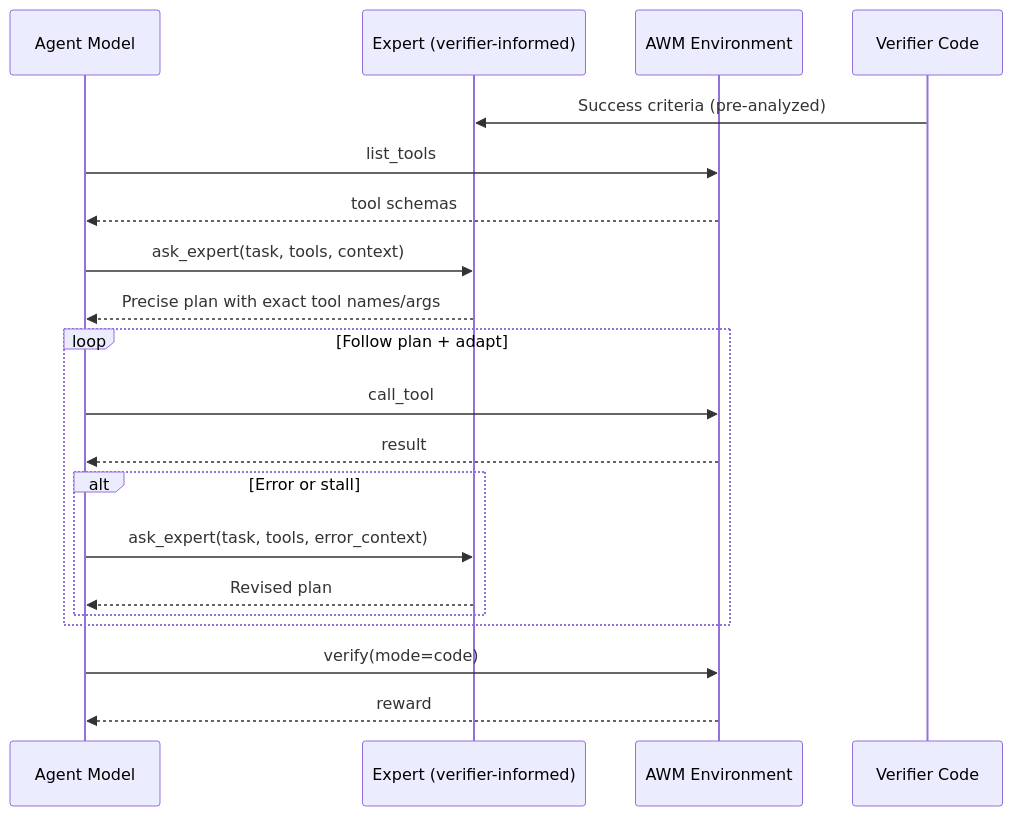
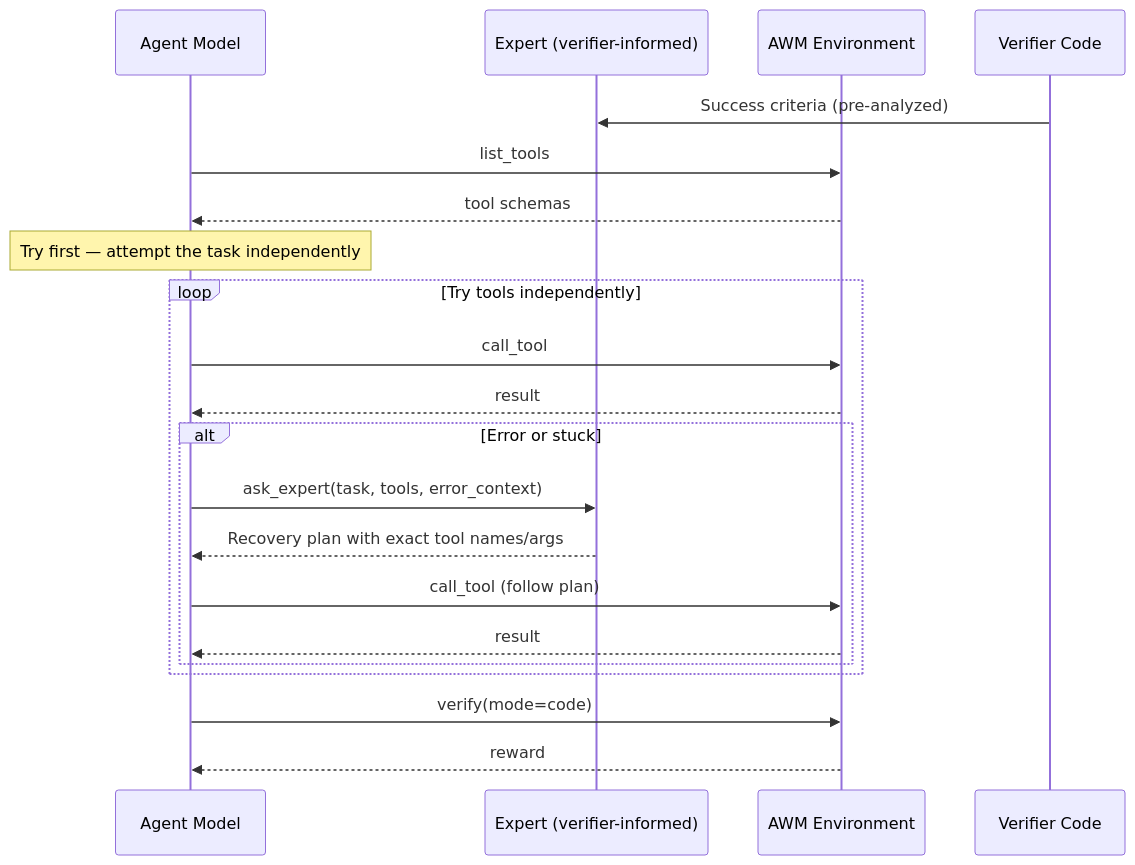
One commit to meta-pytorch/OpenEnv changed the diagram in envs/agent_world_model_env/EXPERT_ENHANCEMENT.md. Above: the diagram before and after it, drawn with Mermaid. The commit also changed other lines of this file, not shown here.

Commit message:
Fix architecture diagram and workflow to reflect Try-First strategy
- Updated Mermaid sequence diagram: agent now tries call_tool first, only calls expert on error/stuck
- Updated "How It Works" steps: added "Try first" and "Ask if stuck" as distinct steps
- Old flow showed agent calling expert immediately; new flow matches actual training strategy

Made-with: Cursor

````diff
--- a/envs/agent_world_model_env/EXPERT_ENHANCEMENT.md
+++ b/envs/agent_world_model_env/EXPERT_ENHANCEMENT.md
@@ -56,23 +56,24 @@
 ```mermaid
 sequenceDiagram
     participant Agent as Agent Model
     participant Expert as Expert (verifier-informed)
     participant Env as AWM Environment
     participant Verifier as Verifier Code
 
     Verifier->>Expert: Success criteria (pre-analyzed)
     Agent->>Env: list_tools
     Env-->>Agent: tool schemas
-    Agent->>Expert: ask_expert(task, tools, context)
-    Expert-->>Agent: Precise plan with exact tool names/args
-    loop Follow plan + adapt
+    Note over Agent: Try first — attempt the task independently
+    loop Try tools independently
         Agent->>Env: call_tool
         Env-->>Agent: result
-        alt Error or stall
+        alt Error or stuck
             Agent->>Expert: ask_expert(task, tools, error_context)
-            Expert-->>Agent: Revised plan
+            Expert-->>Agent: Recovery plan with exact tool names/args
+            Agent->>Env: call_tool (follow plan)
+            Env-->>Agent: result
         end
     end
     Agent->>Env: verify(mode=code)
     Env-->>Agent: reward
 ```
````
